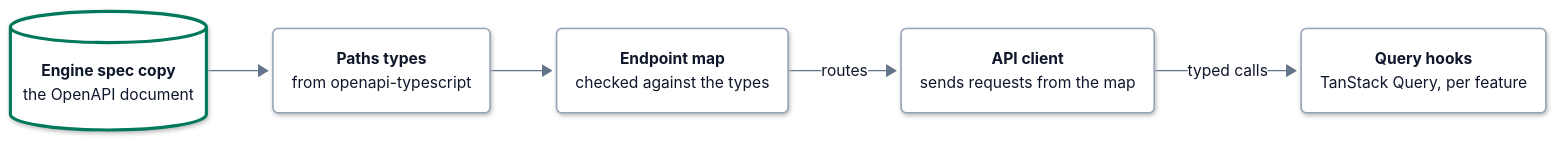
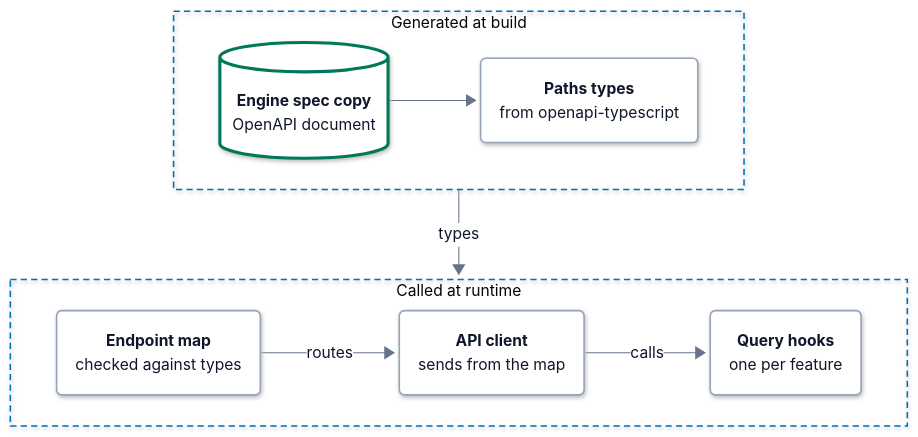
Before and after one commit to hyperi-io/dfe-ui: the diagram in docs/engine-api-client.md, drawn with Mermaid. The commit also changed other lines of this file and 8 other files, not shown here.

First line of the commit message:
docs(architecture): reshape the architecture page and its part pages (#754)

````diff
--- a/docs/engine-api-client.md
+++ b/docs/engine-api-client.md
@@ -9,72 +15,81 @@
 ```mermaid
 ---
 config:
   theme: base
   look: neo
   fontFamily: Inter, -apple-system, Segoe UI, Roboto, Helvetica, Arial, sans-serif
   flowchart:
     curve: linear
     nodeSpacing: 40
     rankSpacing: 64
     padding: 18
     wrappingWidth: 280
     htmlLabels: true
   elk:
     preset: modelOrder
   themeVariables:
     fontSize: 15px
     lineColor: "#64748B"
     primaryTextColor: "#0F172A"
     clusterBorder: "#0072B2"
     edgeLabelBackground: "#FFFFFF"
   themeCSS: >-
     p{margin:0}
     .node[data-look] rect,.node[data-look] path,.node[data-look] polygon,.node[data-look] .outer-path{filter:drop-shadow(0 1px 2px rgba(15,23,42,.10)) drop-shadow(0 6px 14px rgba(15,23,42,.10))}
     .node rect{rx:10px;ry:10px}
     .cluster rect{rx:16px;ry:16px}
     .node .label div{min-width:150px}
     .node.decision .label div{min-width:0}
     .cluster[data-look] rect{filter:none}
     .nodeLabel{line-height:1.35}
     .nodeLabel b{font-weight:600;font-size:15px;letter-spacing:-0.01em}
     .nodeLabel span{font-size:12.5px;font-weight:400;color:#334155}
     .cluster-label span.nodeLabel{display:inline-block;background:#FFFFFF;color:#0B2A3F;border:1.5px solid #0072B2;border-radius:999px;padding:2px 12px;font-size:11.5px;font-weight:700;letter-spacing:.09em;text-transform:uppercase}
     .flowchart-link{stroke-width:1.75px}
     .labelBkg{background:transparent!important}
     span.edgeLabel{display:inline-block;background:#FFFFFF!important;color:#1E293B;border:1px solid #94A3B8;border-radius:999px;padding:2px 10px;font-size:12px;font-weight:500}
     span.edgeLabel p{background:transparent!important}
     .label-icon{width:20px;height:20px;vertical-align:-4px;margin-right:6px}
     .ingest .label-icon{color:#0E8A7D}
     .xform .label-icon{color:#7B4FB0}
     .load .label-icon{color:#0072B2}
     .bus .label-icon{color:#A8517F}
     .store .label-icon{color:#00785A}
     .ui .label-icon{color:#D9480F}
     .ext .label-icon{color:#64748B}
 ---
-flowchart LR
-  accTitle: L4 Detail -- Engine API client
+flowchart TB
+  accTitle: L4 Detail -- API client
   accDescr: openapi-typescript turns the copied engine spec into the paths types. The endpoint map is checked against those types, the API client sends requests from the map, and the TanStack Query hooks in each feature directory call the client.
-  spec[("<b>Engine spec copy</b><br/><span>the OpenAPI document</span>")]
-  types("<b>Paths types</b><br/><span>from openapi-typescript</span>")
-  map("<b>Endpoint map</b><br/><span>checked against the types</span>")
-  client("<b>API client</b><br/><span>sends requests from the map</span>")
-  hooks("<b>Query hooks</b><br/><span>TanStack Query, per feature</span>")
-  spec --> types
-  types --> map
-  map -->|routes| client
-  client -->|typed calls| hooks
+  subgraph gen["Generated at build"]
+    direction LR
+    spec[("<b>Engine spec copy</b><br/><span>OpenAPI document</span>")]
+    types("<b>Paths types</b><br/><span>from openapi-typescript</span>")
+    spec --> types
+  end
+  subgraph run["Called at runtime"]
+    direction LR
+    map("<b>Endpoint map</b><br/><span>checked against types</span>")
+    client("<b>API client</b><br/><span>sends from the map</span>")
+    hooks("<b>Query hooks</b><br/><span>one per feature</span>")
+    map -->|routes| client -->|calls| hooks
+  end
+  gen -->|types| run
+  class spec store
+  class types,map,client,hooks part
+  class spec store
+  class types,map,client,hooks part
   classDef ext fill:#F4F6F8,stroke:#94A3B8,stroke-width:1.5px,stroke-dasharray:5 4,color:#0F172A
   classDef ingest fill:#FFFFFF,stroke:#0E8A7D,stroke-width:3px,color:#0F172A
   classDef xform fill:#FFFFFF,stroke:#7B4FB0,stroke-width:3px,color:#0F172A
   classDef load fill:#FFFFFF,stroke:#0072B2,stroke-width:3px,color:#0F172A
   classDef bus fill:#FFFFFF,stroke:#A8517F,stroke-width:3px,color:#0F172A
   classDef store fill:#FFFFFF,stroke:#00785A,stroke-width:3px,color:#0F172A
   classDef ui fill:#FFFFFF,stroke:#D9480F,stroke-width:3px,color:#0F172A
   classDef decision fill:#FFFFFF,stroke:#9A6700,stroke-width:3px,color:#0F172A
   classDef error fill:#FFFFFF,stroke:#C2410C,stroke-width:3px,color:#0F172A
   classDef control fill:#FFFFFF,stroke:#334155,stroke-width:3px,color:#0F172A
   classDef part fill:#FFFFFF,stroke:#94A3B8,stroke-width:1.5px,color:#0F172A
-  class spec store
-  class types,map,client,hooks part
+  style gen fill:none,stroke:#0072B2,stroke-width:1.5px,stroke-dasharray:6 4
+  style run fill:none,stroke:#0072B2,stroke-width:1.5px,stroke-dasharray:6 4
 ```
````
